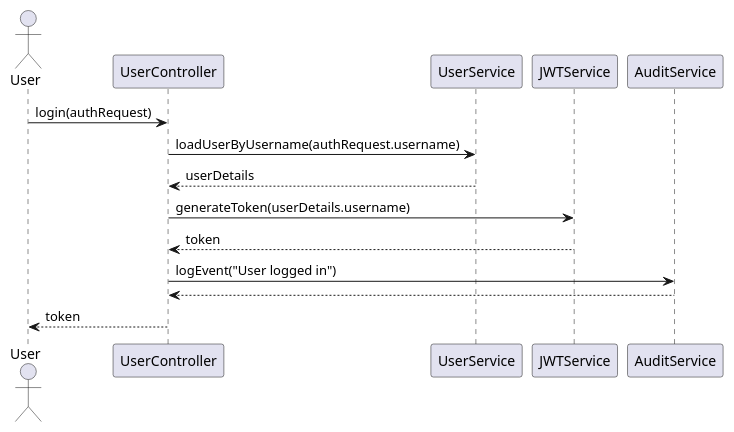
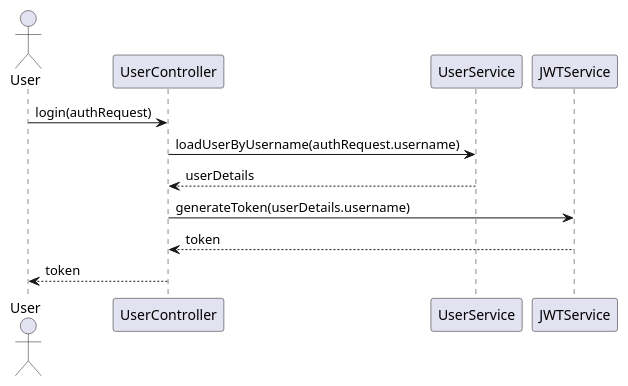
The second of 5 diagrams in identityprovider/documentation/detaileddesign.adoc (shreya-cn/autodev.ai), drawn with PlantUML before and after one commit. The commit also changed other lines of this file and 3 other files, not shown here.

````diff
--- a/identityprovider/documentation/detaileddesign.adoc
+++ b/identityprovider/documentation/detaileddesign.adoc
@@ -321,18 +308,16 @@
-```plantuml
+[plantuml, authentication-sequence, png]
+----
 @startuml
 actor User
-participant UserController
-participant UserService
-participant JWTService
-participant AuditService
+participant "UserController" as UC
+participant "UserService" as US
+participant "JWTService" as JS
 
-User -> UserController : login(authRequest)
-UserController -> UserService : loadUserByUsername(authRequest.username)
-UserService --> UserController : userDetails
-UserController -> JWTService : generateToken(userDetails.username)
-JWTService --> UserController : token
-UserController -> AuditService : logEvent("User logged in")
-AuditService --> UserController
-UserController --> User : token
+User -> UC : login(authRequest)
+UC -> US : loadUserByUsername(authRequest.username)
+US --> UC : userDetails
+UC -> JS : generateToken(userDetails.username)
+JS --> UC : token
+UC --> User : token
 @enduml
-```
+----
````
